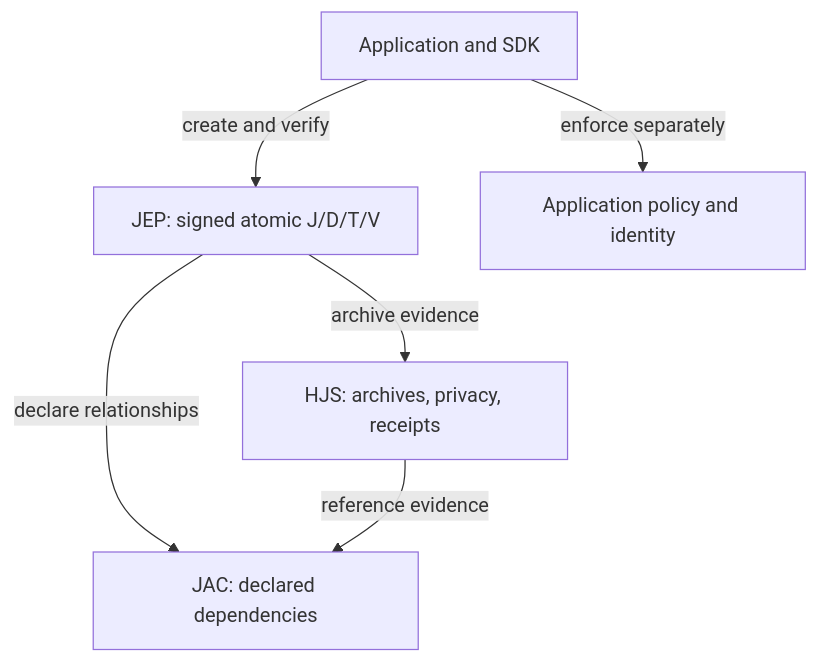
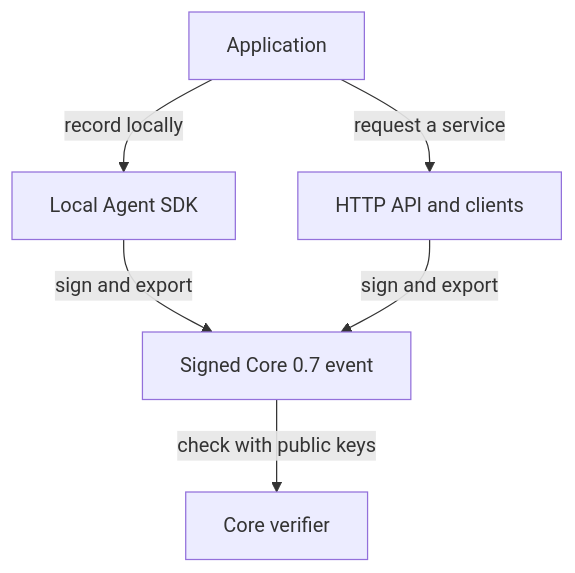
One commit to hjs-spec/jep-core changed the diagram in docs/architecture/diagrams/protocol-stack.md. Above: the diagram before and after it, drawn with Mermaid. The commit also changed other lines of this file and 14 other files, not shown here.

````diff
--- a/docs/architecture/diagrams/protocol-stack.md
+++ b/docs/architecture/diagrams/protocol-stack.md
@@ -3,13 +3,13 @@
 ```mermaid
 flowchart TB
-    App["Application and SDK"]
-    JEP["JEP: signed atomic J/D/T/V"]
-    HJS["HJS: archives, privacy, receipts"]
-    JAC["JAC: declared dependencies"]
-    Policy["Application policy and identity"]
-    App -->|create and verify| JEP
-    App -->|enforce separately| Policy
-    JEP -->|archive evidence| HJS
-    JEP -->|declare relationships| JAC
-    HJS -->|reference evidence| JAC
+    App["Application"]
+    Local["Local Agent SDK"]
+    HTTP["HTTP API and clients"]
+    Event["Signed Core 0.7 event"]
+    Verifier["Core verifier"]
+    App -->|record locally| Local
+    App -->|request a service| HTTP
+    Local -->|sign and export| Event
+    HTTP -->|sign and export| Event
+    Event -->|check with public keys| Verifier
 ```
````
